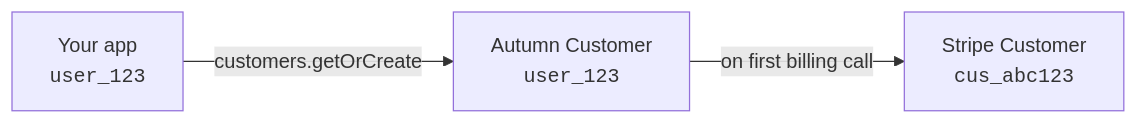
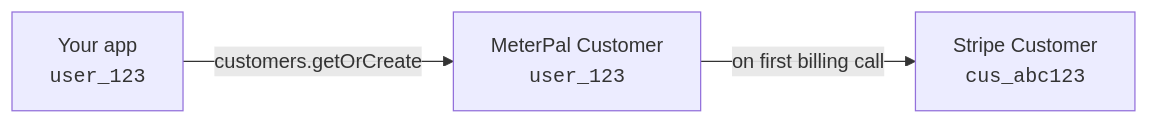
The diagram in billing/apps/docs/mintlify/documentation/concepts/stripe.mdx (envision5/MeterPal), drawn with Mermaid before and after one commit. The commit also changed other lines of this file and 345 other files, not shown here.

````diff
--- a/billing/apps/docs/mintlify/documentation/concepts/stripe.mdx
+++ b/billing/apps/docs/mintlify/documentation/concepts/stripe.mdx
@@ -53,5 +53,5 @@
 ```mermaid
 flowchart LR
-    A["Your app<br/><code>user_123</code>"] -->|customers.getOrCreate| B["Autumn Customer<br/><code>user_123</code>"]
+    A["Your app<br/><code>user_123</code>"] -->|customers.getOrCreate| B["MeterPal Customer<br/><code>user_123</code>"]
     B -->|on first billing call| C["Stripe Customer<br/><code>cus_abc123</code>"]
 ```
````
